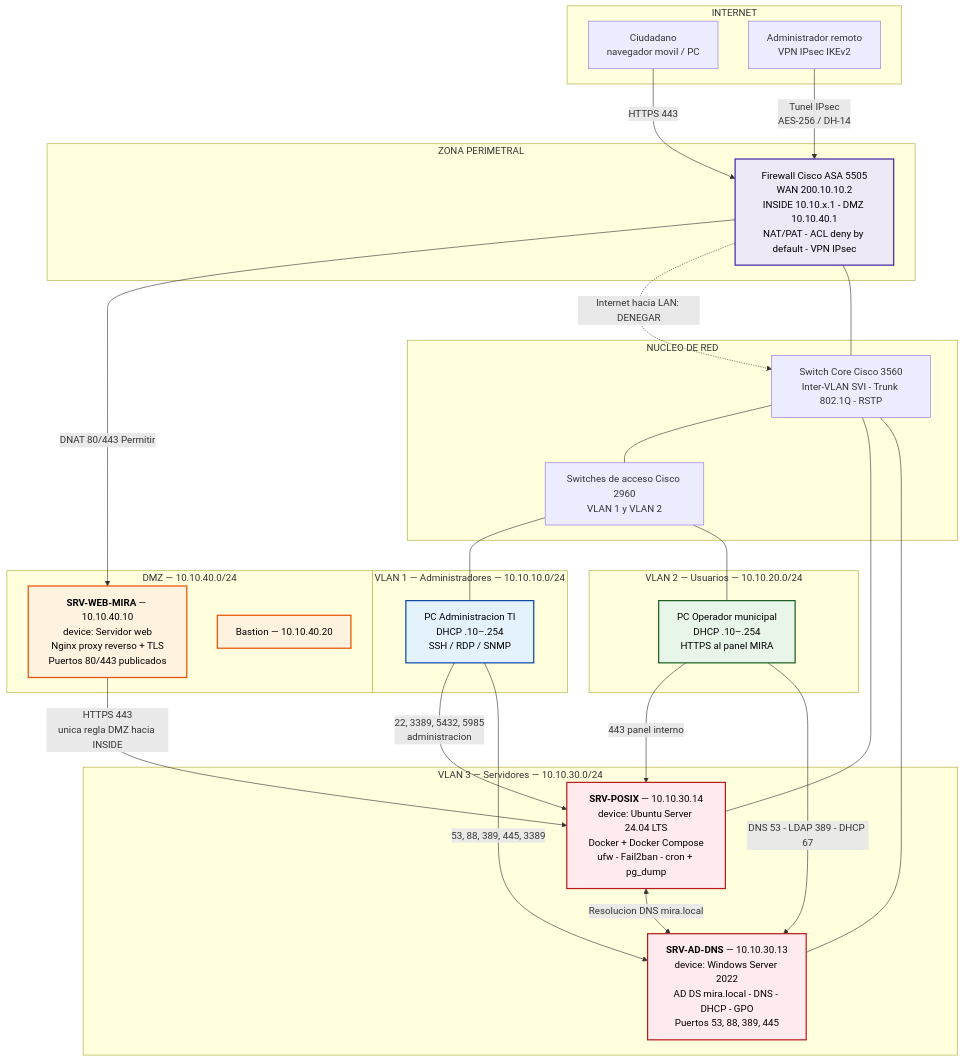
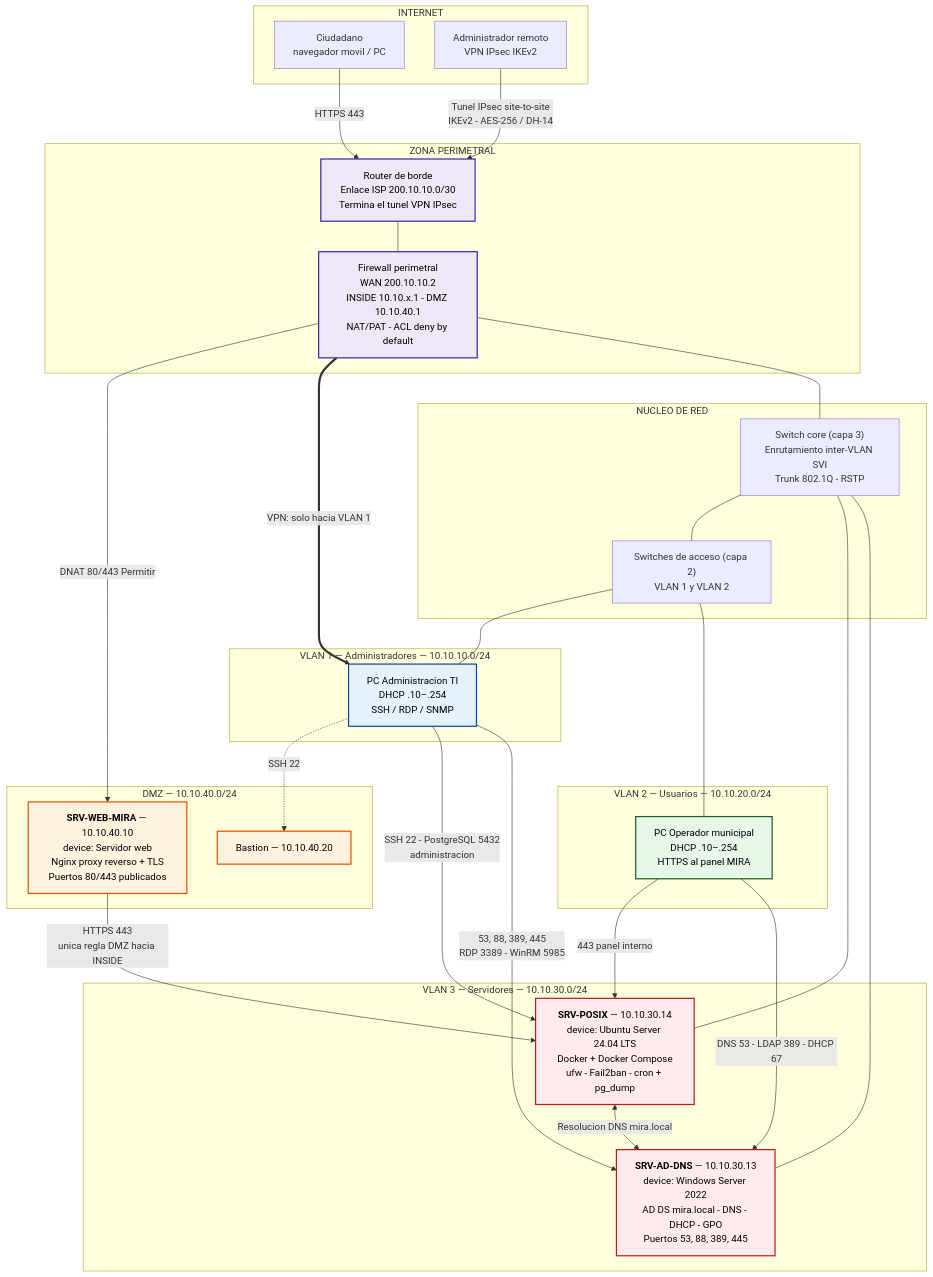
The first of 5 diagrams in Diagrama_Implementacion_Hito1.md (bitorientaluy/mira), drawn with Mermaid before and after one commit. The commit also changed other lines of this file and 3 other files, not shown here.

````diff
--- a/Diagrama_Implementacion_Hito1.md
+++ b/Diagrama_Implementacion_Hito1.md
@@ -12,64 +12,67 @@
 ```mermaid
 flowchart TB
     subgraph INET["INTERNET"]
         CIU["Ciudadano<br/>navegador movil / PC"]
         ADMREM["Administrador remoto<br/>VPN IPsec IKEv2"]
     end
 
     subgraph PERIM["ZONA PERIMETRAL"]
-        ASA["Firewall Cisco ASA 5505<br/>WAN 200.10.10.2<br/>INSIDE 10.10.x.1 - DMZ 10.10.40.1<br/>NAT/PAT - ACL deny by default - VPN IPsec"]
+        RTR["Router de borde<br/>Enlace ISP 200.10.10.0/30<br/>Termina el tunel VPN IPsec"]
+        ASA["Firewall perimetral<br/>WAN 200.10.10.2<br/>INSIDE 10.10.x.1 - DMZ 10.10.40.1<br/>NAT/PAT - ACL deny by default"]
     end
 
     subgraph DMZ["DMZ — 10.10.40.0/24"]
         WEB["<b>SRV-WEB-MIRA</b> — 10.10.40.10<br/>device: Servidor web<br/>Nginx proxy reverso + TLS<br/>Puertos 80/443 publicados"]
         BAST["Bastion — 10.10.40.20"]
     end
 
     subgraph CORE["NUCLEO DE RED"]
-        SW3560["Switch Core Cisco 3560<br/>Inter-VLAN SVI - Trunk 802.1Q - RSTP"]
-        SW2960["Switches de acceso Cisco 2960<br/>VLAN 1 y VLAN 2"]
+        SWCORE["Switch core (capa 3)<br/>Enrutamiento inter-VLAN SVI<br/>Trunk 802.1Q - RSTP"]
+        SWACC["Switches de acceso (capa 2)<br/>VLAN 1 y VLAN 2"]
     end
 
     subgraph VLAN1["VLAN 1 — Administradores — 10.10.10.0/24"]
         PCADM["PC Administracion TI<br/>DHCP .10–.254<br/>SSH / RDP / SNMP"]
     end
 
     subgraph VLAN2["VLAN 2 — Usuarios — 10.10.20.0/24"]
         PCOP["PC Operador municipal<br/>DHCP .10–.254<br/>HTTPS al panel MIRA"]
     end
 
     subgraph VLAN3["VLAN 3 — Servidores — 10.10.30.0/24"]
         POSIX["<b>SRV-POSIX</b> — 10.10.30.14<br/>device: Ubuntu Server 24.04 LTS<br/>Docker + Docker Compose<br/>ufw - Fail2ban - cron + pg_dump"]
         AD["<b>SRV-AD-DNS</b> — 10.10.30.13<br/>device: Windows Server 2022<br/>AD DS mira.local - DNS - DHCP - GPO<br/>Puertos 53, 88, 389, 445"]
     end
 
-    CIU -->|"HTTPS 443"| ASA
-    ADMREM -->|"Tunel IPsec<br/>AES-256 / DH-14"| ASA
+    CIU -->|"HTTPS 443"| RTR
+    ADMREM -->|"Tunel IPsec site-to-site<br/>IKEv2 - AES-256 / DH-14"| RTR
+    RTR --- ASA
     ASA -->|"DNAT 80/443 Permitir"| WEB
-    ASA -.->|"Internet hacia LAN: DENEGAR"| SW3560
+    ASA ==>|"VPN: solo hacia VLAN 1"| PCADM
     WEB -->|"HTTPS 443<br/>unica regla DMZ hacia INSIDE"| POSIX
+    PCADM -.->|"SSH 22"| BAST
 
-    ASA --- SW3560
-    SW3560 --- SW2960
-    SW2960 --- PCADM
-    SW2960 --- PCOP
-    SW3560 --- POSIX
-    SW3560 --- AD
+    ASA --- SWCORE
+    SWCORE --- SWACC
+    SWACC --- PCADM
+    SWACC --- PCOP
+    SWCORE --- POSIX
+    SWCORE --- AD
 
     PCOP -->|"443 panel interno"| POSIX
     PCOP -->|"DNS 53 - LDAP 389 - DHCP 67"| AD
-    PCADM -->|"22, 3389, 5432, 5985<br/>administracion"| POSIX
-    PCADM -->|"53, 88, 389, 445, 3389"| AD
+    PCADM -->|"SSH 22 - PostgreSQL 5432<br/>administracion"| POSIX
+    PCADM -->|"53, 88, 389, 445<br/>RDP 3389 - WinRM 5985"| AD
     POSIX <-->|"Resolucion DNS mira.local"| AD
 
     classDef dmz fill:#fff3e0,stroke:#e65100,stroke-width:2px,color:#000
     classDef srv fill:#ffebee,stroke:#b71c1c,stroke-width:2px,color:#000
     classDef adm fill:#e3f2fd,stroke:#0d47a1,stroke-width:2px,color:#000
     classDef usr fill:#e8f5e9,stroke:#1b5e20,stroke-width:2px,color:#000
     classDef fw  fill:#ede7f6,stroke:#4527a0,stroke-width:2px,color:#000
     class WEB,BAST dmz
     class POSIX,AD srv
     class PCADM adm
     class PCOP usr
-    class ASA fw
+    class ASA,RTR fw
 ```
````
